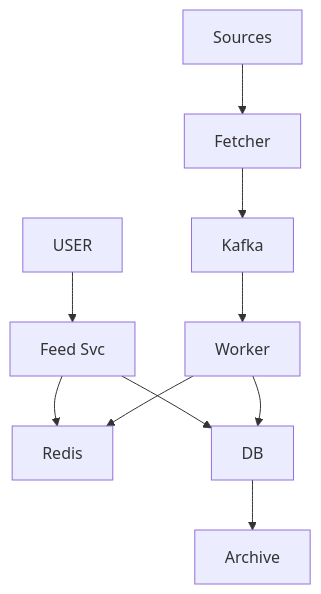
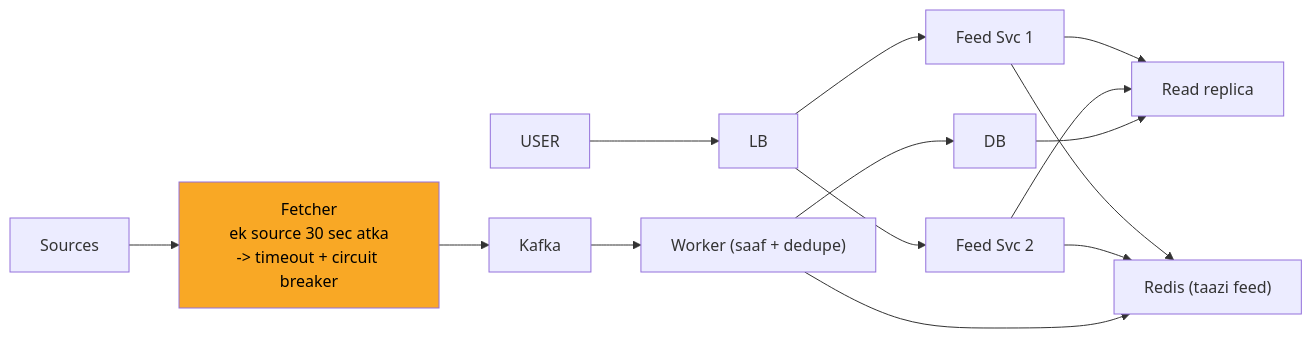
One commit to ArpanMaheshwari144/Prep changed the sixth of 11 diagrams in 04_HLD/SYSTEM_DESIGNS/08_news_aggregator/08_news_aggregator_INTERVIEW.md. Above: the diagram before and after it, drawn with Mermaid. The commit also changed other lines of this file and 2 other files, not shown here.

Commit message:
news, bookmyshow, cache: one-day story, short cards, follow-ups with rules, highlighted diagrams

````diff
--- a/04_HLD/SYSTEM_DESIGNS/08_news_aggregator/08_news_aggregator_INTERVIEW.md
+++ b/04_HLD/SYSTEM_DESIGNS/08_news_aggregator/08_news_aggregator_INTERVIEW.md
@@ -223,21 +242,28 @@
 ```mermaid
-flowchart TD
+flowchart LR
     n_USER["USER"]
-    n_Feed_Svc["Feed Svc"]
-    n_Redis["Redis"]
+    n_LB["LB"]
+    n_Feed_Svc_x_N_1["Feed Svc 1"]
+    n_Feed_Svc_x_N_2["Feed Svc 2"]
+    n_Redis["Redis (taazi feed)"]
+    n_Read_replica["Read replica"]
     n_DB["DB"]
-    n_Archive["Archive"]
-    n_Worker["Worker"]
+    n_Worker["Worker (saaf + dedupe)"]
     n_Kafka["Kafka"]
-    n_Fetcher["Fetcher"]
+    n_Fetcher["Fetcher<br/>ek source 30 sec atka<br/>-> timeout + circuit breaker"]
     n_Sources["Sources"]
-    n_USER --> n_Feed_Svc
-    n_Feed_Svc --> n_Redis
-    n_Feed_Svc --> n_DB
-    n_DB --> n_Archive
+    n_USER --> n_LB
+    n_LB --> n_Feed_Svc_x_N_1
+    n_LB --> n_Feed_Svc_x_N_2
+    n_Feed_Svc_x_N_1 --> n_Redis
+    n_Feed_Svc_x_N_2 --> n_Redis
+    n_Feed_Svc_x_N_1 --> n_Read_replica
+    n_Feed_Svc_x_N_2 --> n_Read_replica
+    n_DB --> n_Read_replica
     n_Worker --> n_DB
     n_Worker --> n_Redis
     n_Kafka --> n_Worker
     n_Fetcher --> n_Kafka
     n_Sources --> n_Fetcher
+    style n_Fetcher fill:#f9a825,color:#000
 ```
````
